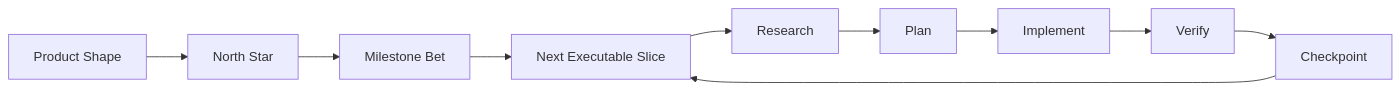
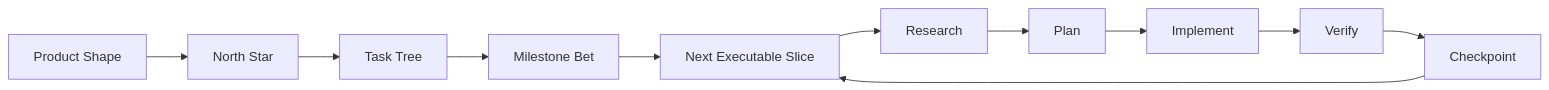
One commit to B67687/agentic-workflows changed the first of 4 diagrams in docs/phase-based-agent-workflow.md. Above: the diagram before and after it, drawn with Mermaid. The commit also changed other lines of this file and 16 other files, not shown here.

Commit message:
Add task tree decomposition

````diff
--- a/docs/phase-based-agent-workflow.md
+++ b/docs/phase-based-agent-workflow.md
@@ -7,12 +7,13 @@
 ```mermaid
 flowchart LR
     A["Product Shape"] --> B["North Star"]
-    B --> C["Milestone Bet"]
-    C --> D["Next Executable Slice"]
-    D --> E["Research"]
-    E --> F["Plan"]
-    F --> G["Implement"]
-    G --> H["Verify"]
-    H --> I["Checkpoint"]
-    I --> D
+    B --> C["Task Tree"]
+    C --> D["Milestone Bet"]
+    D --> E["Next Executable Slice"]
+    E --> F["Research"]
+    F --> G["Plan"]
+    G --> H["Implement"]
+    H --> I["Verify"]
+    I --> J["Checkpoint"]
+    J --> E
 ```
````
